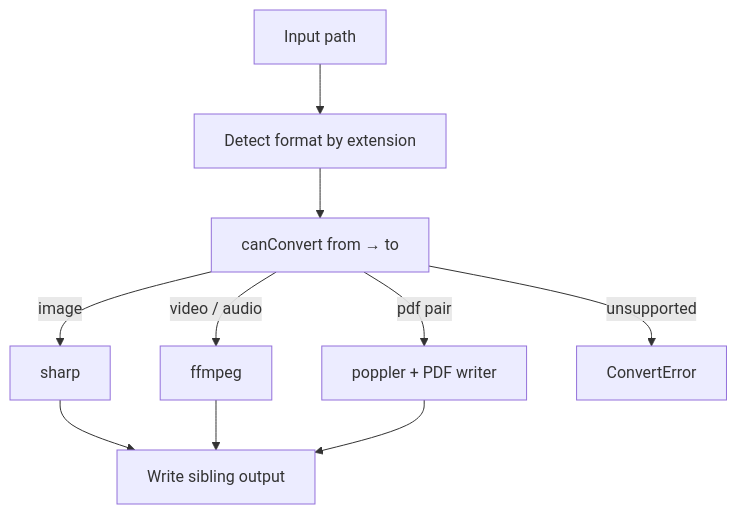
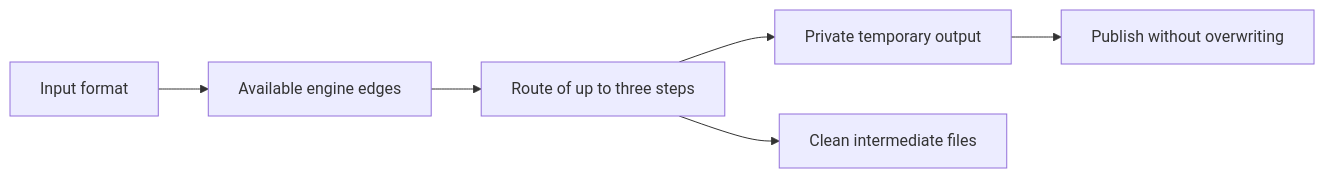
Before and after one commit to smeltery/convrt: the diagram in docs/formats/README.md, drawn with Mermaid. The commit also changed other lines of this file and 179 other files, not shown here.

````diff
--- a/docs/formats/README.md
+++ b/docs/formats/README.md
@@ -28,12 +32,8 @@
 ```mermaid
-flowchart TD
-  input["Input path"] --> detect["Detect format by extension"]
-  detect --> rules["canConvert from → to"]
-  rules -->|image| sharp["sharp"]
-  rules -->|video / audio| ffmpeg["ffmpeg"]
-  rules -->|pdf pair| pdf["poppler + PDF writer"]
-  rules -->|unsupported| reject["ConvertError"]
-  sharp --> write["Write sibling output"]
-  ffmpeg --> write
-  pdf --> write
+flowchart LR
+  input["Input format"] --> edges["Available engine edges"]
+  edges --> route["Route of up to three steps"]
+  route --> staging["Private temporary output"]
+  staging --> publish["Publish without overwriting"]
+  route --> cleanup["Clean intermediate files"]
 ```
````
